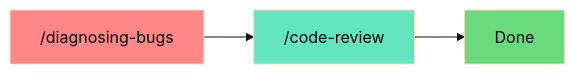
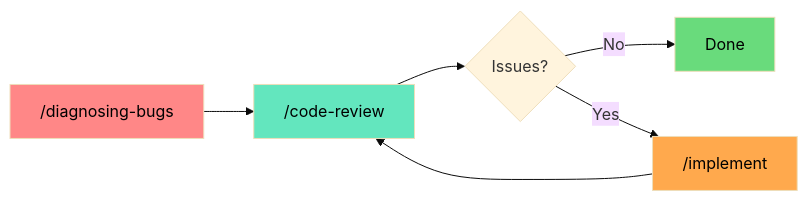
The ninth of 12 diagrams in README.md (elisharkray1030/ai-coding-workflow), drawn with Mermaid (base theme) before and after one commit. The commit also changed other lines of this file, not shown here.

Commit message:
0731: v4 flash default for all stages, max-effort escalation; bug fix flow diagnose -> review -> discuss -> implement

````diff
--- a/README.md
+++ b/README.md
@@ -308,13 +306,18 @@
 ```mermaid
 graph LR
     LO[ /diagnosing-bugs] --> CR[ /code-review]
-    CR --> DN[Done]
+    CR --> D{Issues?}
+    D -->|No| DN[Done]
+    D -->|Yes| IM[ /implement]
+    IM --> CR
 
     classDef red fill:#ff8787,color:#000
     classDef teal fill:#63e6be,color:#000
     classDef green fill:#69db7c,color:#000
+    classDef orange fill:#ffa94d,color:#000
 
     class LO red
     class CR teal
+    class IM orange
     class DN green
 ```
````
